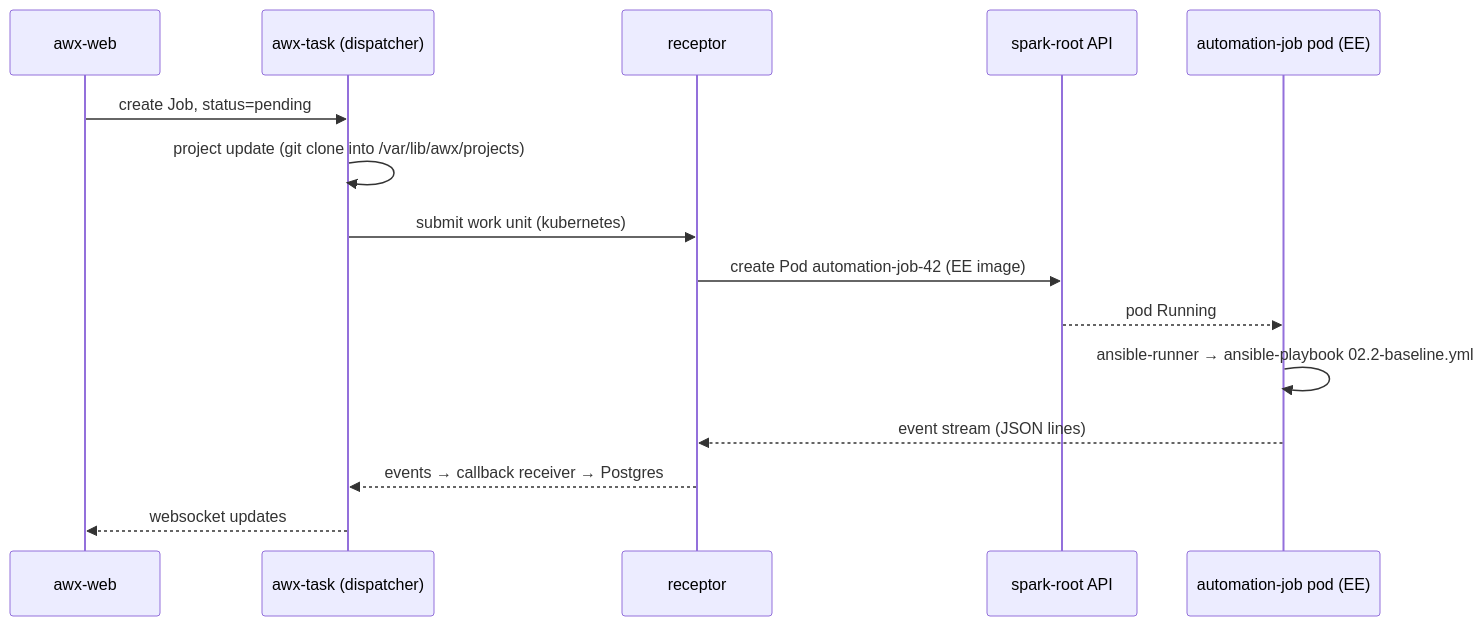
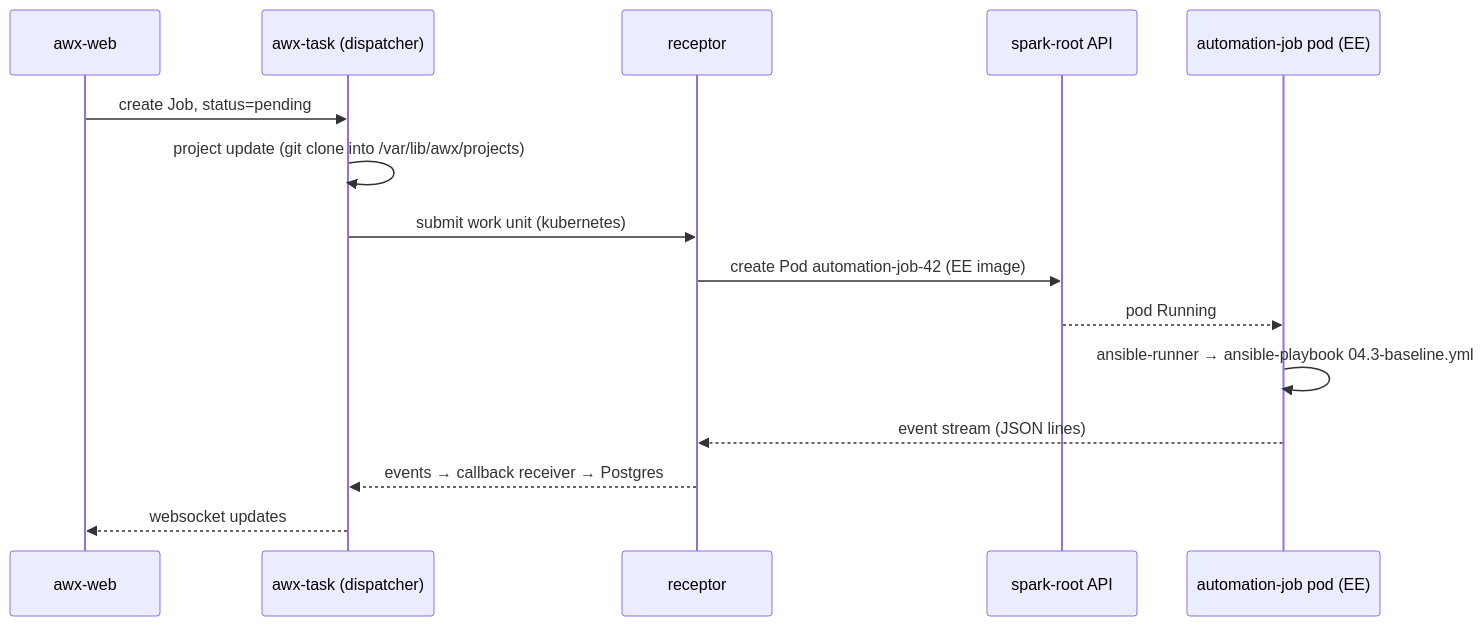
Before and after one commit to cloudone365/technical-depth: the second of 2 diagrams in 01-Ansible/23-awx-install-and-configuration-as-code.md, drawn with Mermaid. The commit also changed other lines of this file and 36 other files, not shown here.

````diff
--- a/01-Ansible/23-awx-install-and-configuration-as-code.md
+++ b/01-Ansible/23-awx-install-and-configuration-as-code.md
@@ -257,17 +257,17 @@
 ```mermaid
 sequenceDiagram
   participant UI as awx-web
   participant T as awx-task (dispatcher)
   participant R as receptor
   participant K as spark-root API
   participant J as automation-job pod (EE)
   UI->>T: create Job, status=pending
   T->>T: project update (git clone into /var/lib/awx/projects)
   T->>R: submit work unit (kubernetes)
   R->>K: create Pod automation-job-42 (EE image)
   K-->>J: pod Running
-  J->>J: ansible-runner → ansible-playbook 02.2-baseline.yml
+  J->>J: ansible-runner → ansible-playbook 04.3-baseline.yml
   J-->>R: event stream (JSON lines)
   R-->>T: events → callback receiver → Postgres
   T-->>UI: websocket updates
 ```
````
